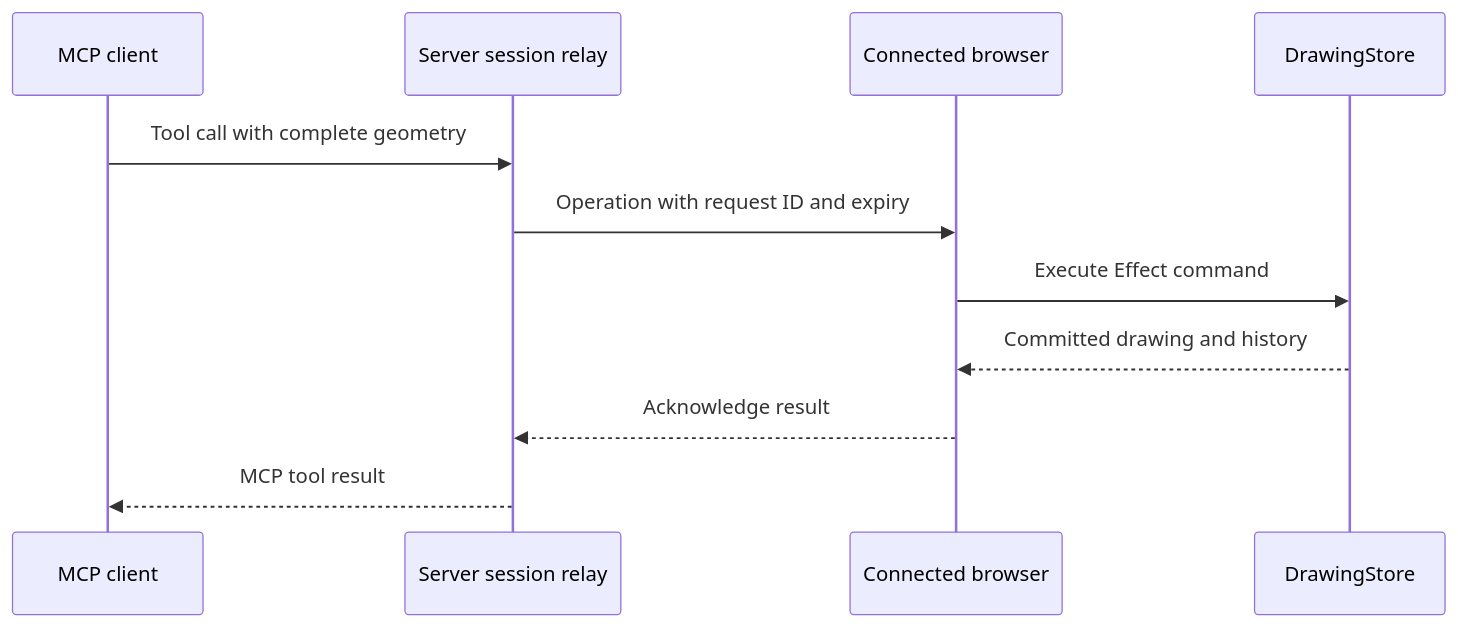
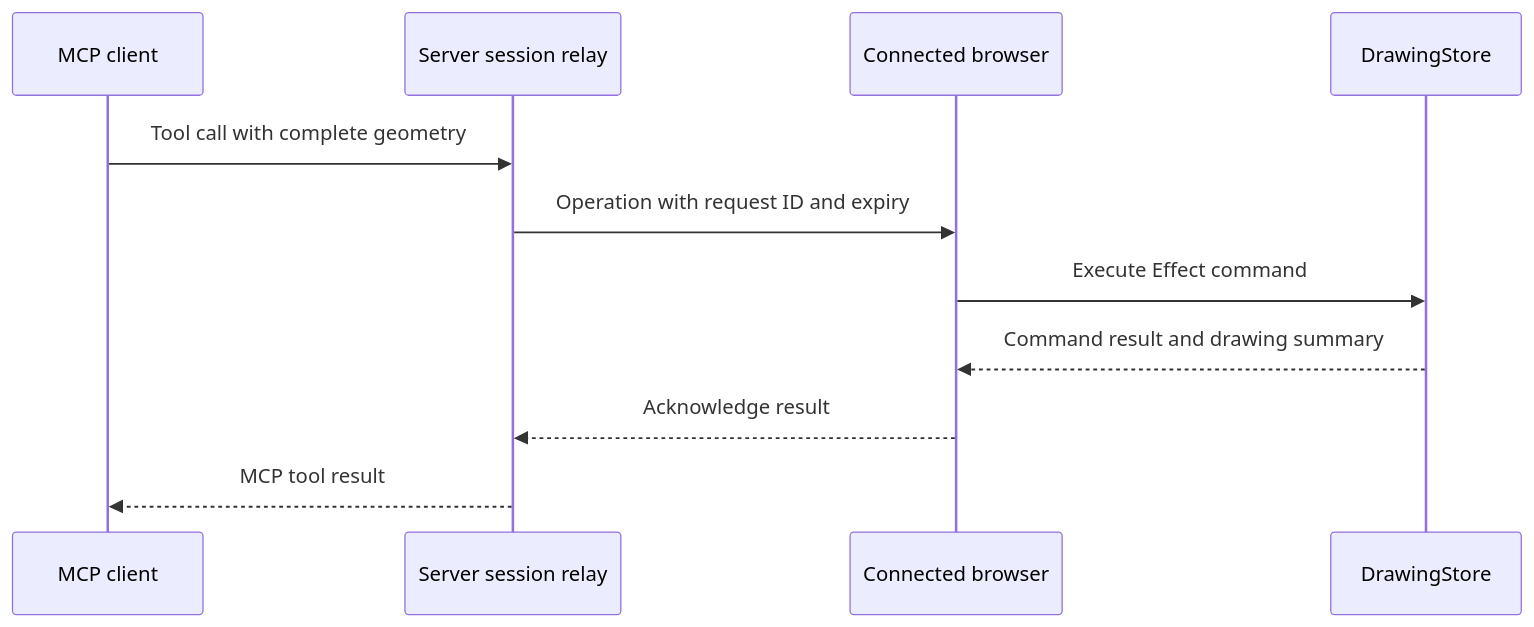
The diagram in docs/mcp.md (ropi-dev/ecad), drawn with Mermaid before and after one commit. The commit also changed other lines of this file and 14 other files, not shown here.

First line of the commit message:
Keep MCP edit replies compact and bound the editor command queue

````diff
--- a/docs/mcp.md
+++ b/docs/mcp.md
@@ -182,13 +202,13 @@
 ```mermaid
 sequenceDiagram
     participant Client as MCP client
     participant Relay as Server session relay
     participant Editor as Connected browser
     participant Store as DrawingStore
     Client->>Relay: Tool call with complete geometry
     Relay->>Editor: Operation with request ID and expiry
     Editor->>Store: Execute Effect command
-    Store-->>Editor: Committed drawing and history
+    Store-->>Editor: Command result and drawing summary
     Editor-->>Relay: Acknowledge result
     Relay-->>Client: MCP tool result
 ```
````
